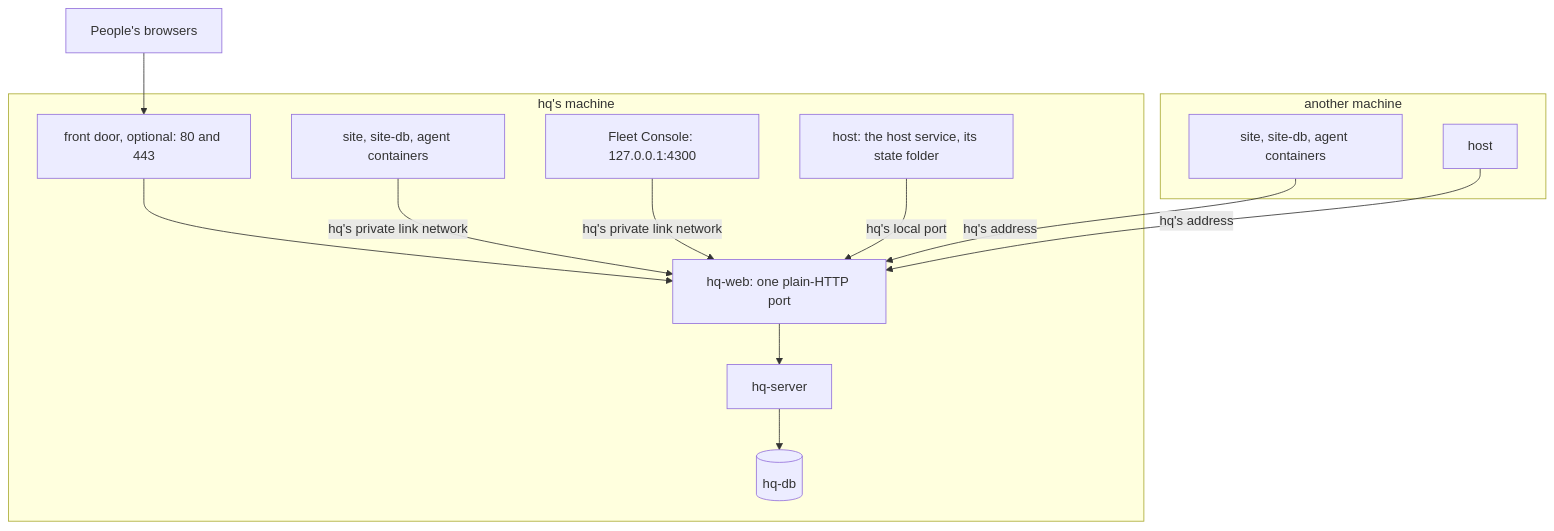
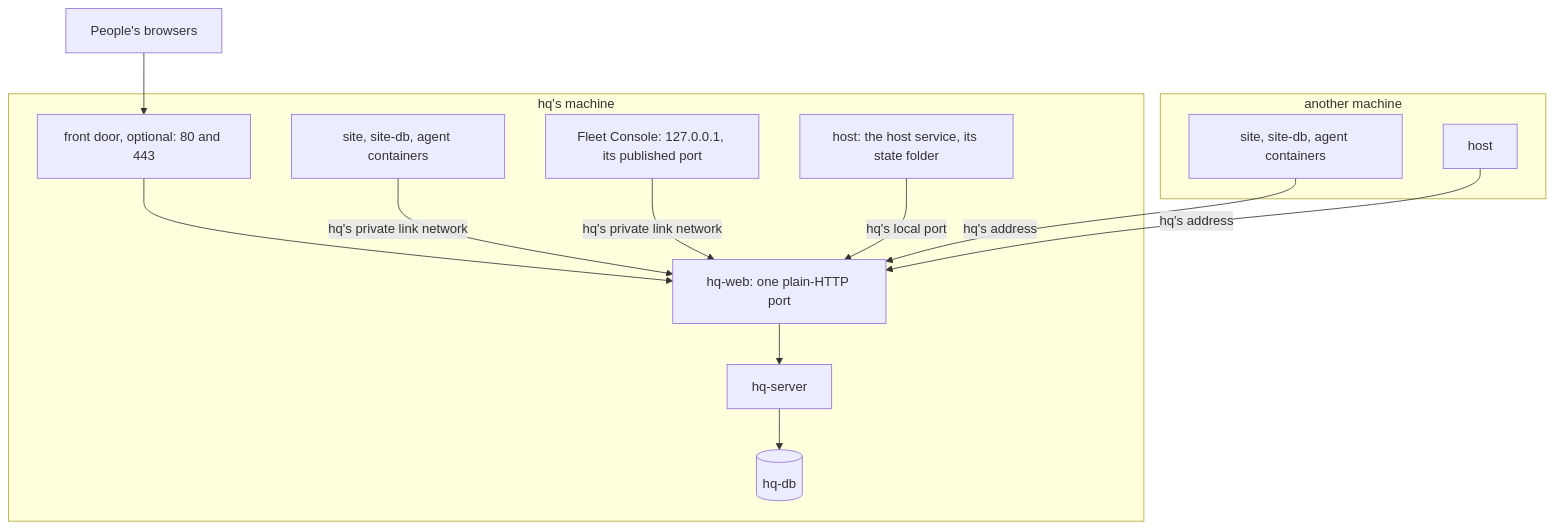
Before and after one commit to solution84-com/agenthix: the diagram in docs/architecture/deployment.md, drawn with Mermaid. The commit also changed other lines of this file and 13 other files, not shown here.

Commit message:
docs: installations, published ports and the check in deployment, host management and the user guide (HQ on 7800, the Fleet Console on 7801); the host protocol at 1.1; AGENTS.md files, CONTRIBUTING and the running-locally skill link to the ports document

````diff
--- a/docs/architecture/deployment.md
+++ b/docs/architecture/deployment.md
@@ -13,23 +13,23 @@
 ```mermaid
 flowchart TB
     subgraph A ["hq's machine"]
         HOST1["host: the host service, its state folder"]
         HQW["hq-web: one plain-HTTP port"]
         HQS["hq-server"]
         HQD[("hq-db")]
         S1["site, site-db, agent containers"]
-        HM["Fleet Console: 127.0.0.1:4300"]
+        HM["Fleet Console: 127.0.0.1, its published port"]
         FD["front door, optional: 80 and 443"]
     end
     subgraph B ["another machine"]
         HOST2["host"]
         S2["site, site-db, agent containers"]
     end
     P["People's browsers"] --> FD --> HQW
     HQW --> HQS --> HQD
     S1 -->|"hq's private link network"| HQW
     HM -->|"hq's private link network"| HQW
     HOST1 -->|"hq's local port"| HQW
     S2 -->|"hq's address"| HQW
     HOST2 -->|"hq's address"| HQW
 ```
````
